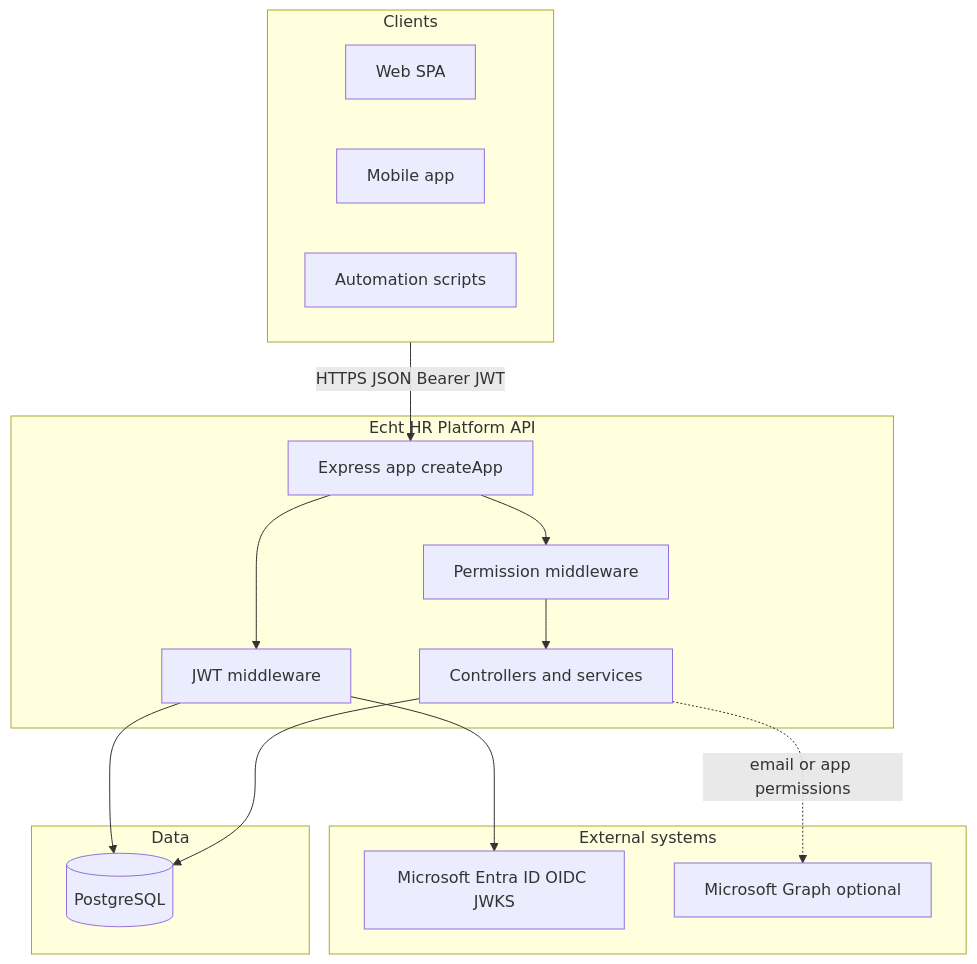
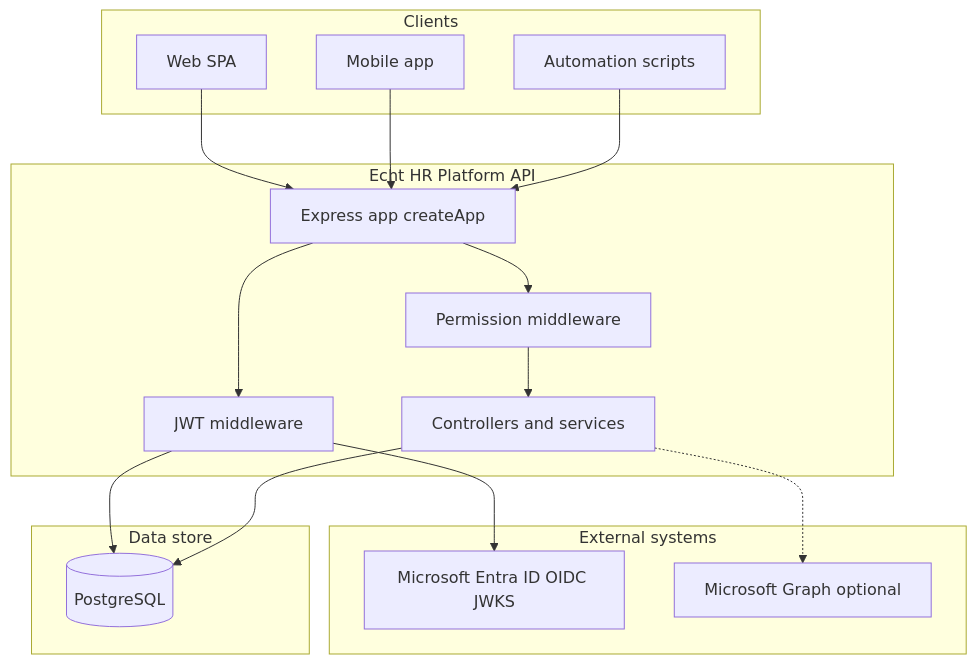
The first of 9 diagrams in README.md (Amamer3/HRMS-backend), drawn with Mermaid before and after one commit. The commit also changed other lines of this file, not shown here.

Commit message:
Refactor README.md for clarity and consistency. Updated flowcharts to use concise labels, improved descriptions of components, and clarified the Docker setup. Enhanced the authentication flow diagram and added notes on token handling. Adjusted terminology for better understanding.

````diff
--- a/README.md
+++ b/README.md
@@ -45,33 +45,35 @@
 ```mermaid
 flowchart TB
   subgraph clients["Clients"]
     SPA[Web SPA]
     Mobile[Mobile app]
     Script[Automation scripts]
   end
 
   subgraph platform["Echt HR Platform API"]
     API[Express app createApp]
     AUTH[JWT middleware]
     RBAC[Permission middleware]
     CTRL[Controllers and services]
   end
 
   subgraph external["External systems"]
     Entra[Microsoft Entra ID OIDC JWKS]
     Graph[Microsoft Graph optional]
   end
 
-  subgraph data["Data"]
+  subgraph dbstore["Data store"]
     PG[(PostgreSQL)]
   end
 
-  clients -->|"HTTPS JSON Bearer JWT"| API
+  SPA --> API
+  Mobile --> API
+  Script --> API
   API --> AUTH
   AUTH --> Entra
   AUTH --> PG
   API --> RBAC
   RBAC --> CTRL
   CTRL --> PG
-  CTRL -.->|"email or app permissions"| Graph
+  CTRL -.-> Graph
 ```
````
